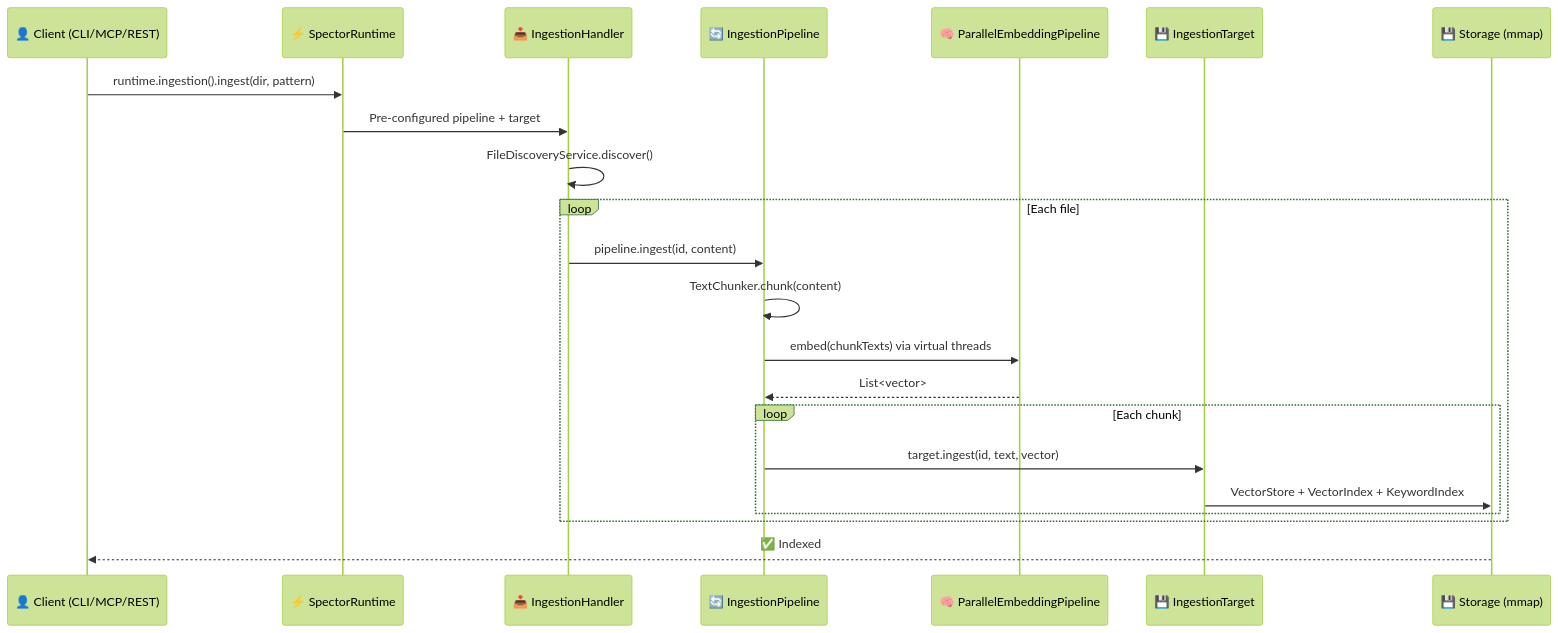
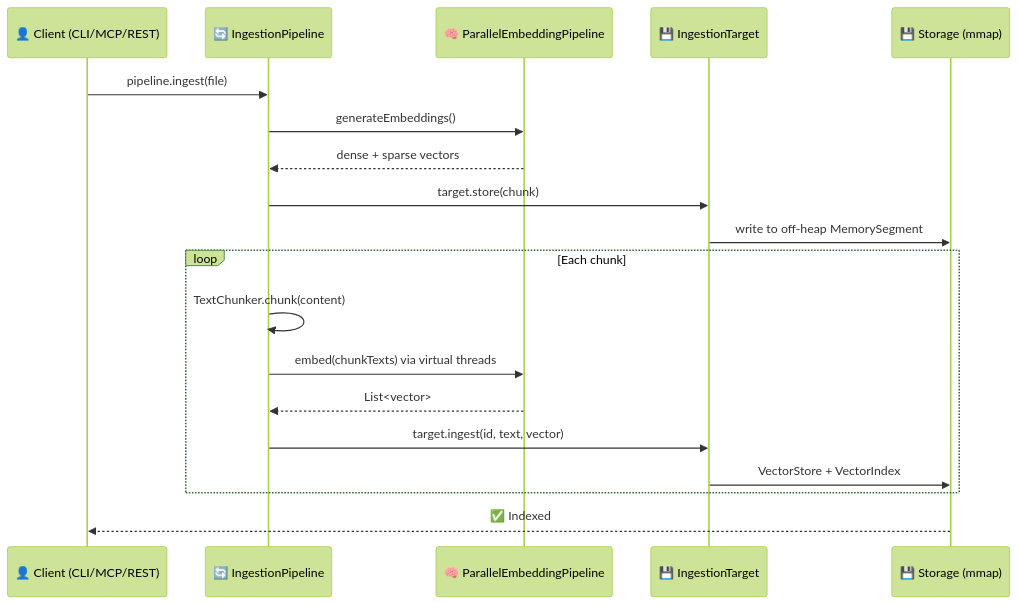
One commit to spectrayan/spector changed the eighth of 12 diagrams in docs/docs/architecture/overview.md. Above: the diagram before and after it, drawn with Mermaid (forest theme). The commit also changed other lines of this file and 125 other files, not shown here.

First line of the commit message:
refactor(synapse): consolidate mcp and cli into spectorctl, decommission runtime dist and client (#658)

````diff
--- a/docs/docs/architecture/overview.md
+++ b/docs/docs/architecture/overview.md
@@ -383,25 +371,22 @@
 ```mermaid
 sequenceDiagram
     participant Client as 👤 Client (CLI/MCP/REST)
-    participant Runtime as ⚡ SpectorRuntime
-    participant Handler as 📥 IngestionHandler
     participant Pipeline as 🔄 IngestionPipeline
     participant Embed as 🧠 ParallelEmbeddingPipeline
     participant Target as 💾 IngestionTarget
     participant Store as 💾 Storage (mmap)
 
-    Client->>Runtime: runtime.ingestion().ingest(dir, pattern)
-    Runtime->>Handler: Pre-configured pipeline + target
-    Handler->>Handler: FileDiscoveryService.discover()
-    loop Each file
-        Handler->>Pipeline: pipeline.ingest(id, content)
+    Client->>Pipeline: pipeline.ingest(file)
+    Pipeline->>Embed: generateEmbeddings()
+    Embed-->>Pipeline: dense + sparse vectors
+    Pipeline->>Target: target.store(chunk)
+    Target->>Store: write to off-heap MemorySegment
+    loop Each chunk
         Pipeline->>Pipeline: TextChunker.chunk(content)
         Pipeline->>Embed: embed(chunkTexts) via virtual threads
         Embed-->>Pipeline: List<vector>
-        loop Each chunk
-            Pipeline->>Target: target.ingest(id, text, vector)
-            Target->>Store: VectorStore + VectorIndex + KeywordIndex
-        end
+        Pipeline->>Target: target.ingest(id, text, vector)
+        Target->>Store: VectorStore + VectorIndex
     end
     Store-->>Client: ✅ Indexed
 ```
````
